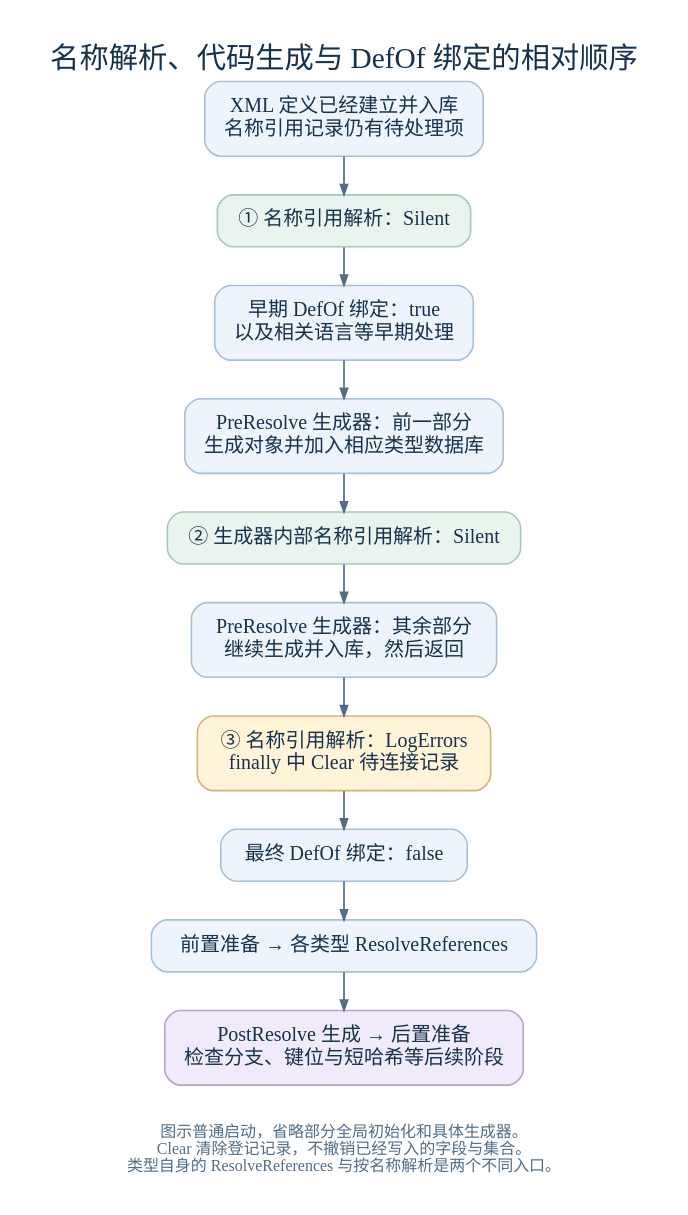
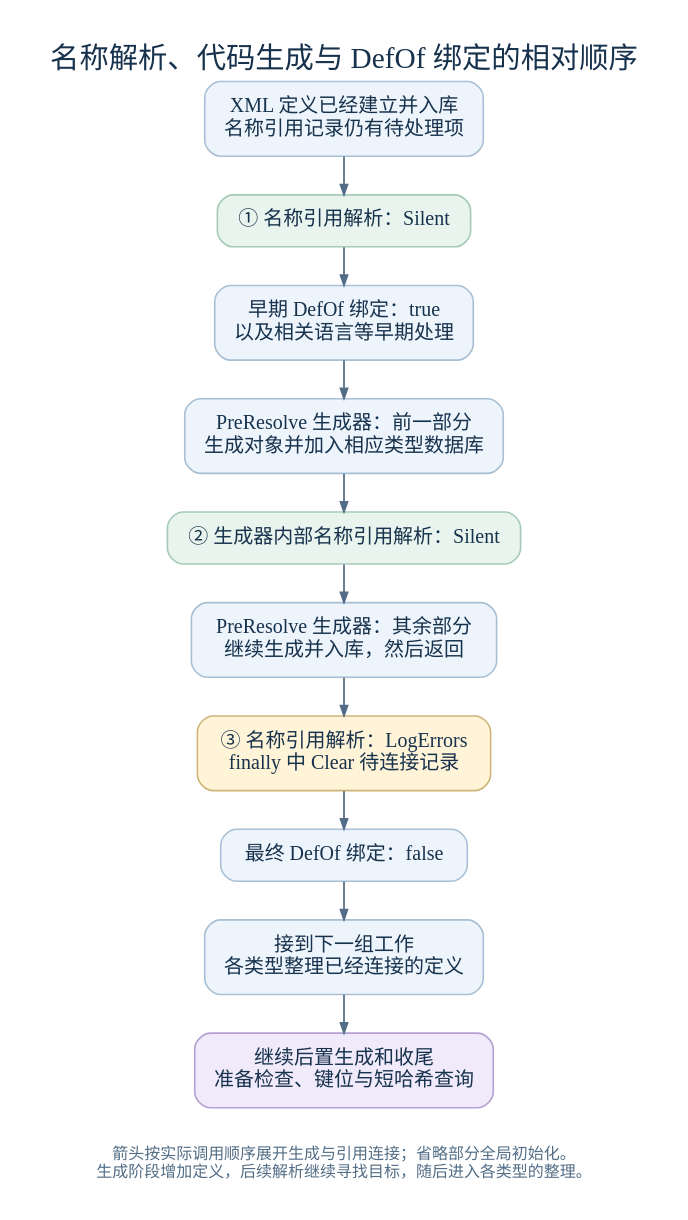
One commit to Sil1cateS/rimworld-deconstruction changed the diagram in docs/readable/chapters/03-def-framework/figures/def-binding-stages.dot. Above: the diagram before and after it, drawn with Graphviz. The commit also changed 13 other files, not shown here.

```diff
--- a/docs/readable/chapters/03-def-framework/figures/def-binding-stages.dot
+++ b/docs/readable/chapters/03-def-framework/figures/def-binding-stages.dot
@@ -1,18 +1,18 @@
 digraph DefBindingStages {
   graph [rankdir=TB, bgcolor="white", pad="0.3", nodesep="0.45", ranksep="0.4", splines=polyline, fontname="Microsoft YaHei", fontsize=22, fontcolor="#17324d", labelloc=t, label="名称解析、代码生成与 DefOf 绑定的相对顺序"];
   node [shape=box, style="rounded,filled", fillcolor="#edf4fb", color="#a8bfd4", fontname="Microsoft YaHei", fontsize=15, fontcolor="#17324d", margin="0.2,0.15", penwidth=1.2];
   edge [color="#526d85", fontname="Microsoft YaHei", fontsize=12, fontcolor="#415b73", arrowsize=0.75, penwidth=1.3];
   db [label="XML 定义已经建立并入库\n名称引用记录仍有待处理项"];
   first [label="① 名称引用解析：Silent", fillcolor="#e8f4ed", color="#a5cbb8"];
   early [label="早期 DefOf 绑定：true\n以及相关语言等早期处理"];
   gen1 [label="PreResolve 生成器：前一部分\n生成对象并加入相应类型数据库"];
   second [label="② 生成器内部名称引用解析：Silent", fillcolor="#e8f4ed", color="#a5cbb8"];
   gen2 [label="PreResolve 生成器：其余部分\n继续生成并入库，然后返回"];
   third [label="③ 名称引用解析：LogErrors\nfinally 中 Clear 待连接记录", fillcolor="#fff3d8", color="#cfb579"];
   final [label="最终 DefOf 绑定：false"];
-  resolve [label="前置准备 → 各类型 ResolveReferences"];
-  later [label="PostResolve 生成 → 后置准备\n检查分支、键位与短哈希等后续阶段", fillcolor="#f0eafa", color="#b5a1d1"];
+  resolve [label="接到下一组工作\n各类型整理已经连接的定义"];
+  later [label="继续后置生成和收尾\n准备检查、键位与短哈希查询", fillcolor="#f0eafa", color="#b5a1d1"];
   db -> first -> early -> gen1 -> second -> gen2 -> third -> final -> resolve -> later;
-  legend [shape=plain, style="", fontsize=12, fontcolor="#526d85", label="图示普通启动，省略部分全局初始化和具体生成器。\nClear 清除登记记录，不撤销已经写入的字段与集合。\n类型自身的 ResolveReferences 与按名称解析是两个不同入口。"];
+  legend [shape=plain, style="", fontsize=12, fontcolor="#526d85", label="箭头按实际调用顺序展开生成与引用连接；省略部分全局初始化。\n生成阶段增加定义，后续解析继续寻找目标，随后进入各类型的整理。"];
   later -> legend [style=invis];
 }
```
